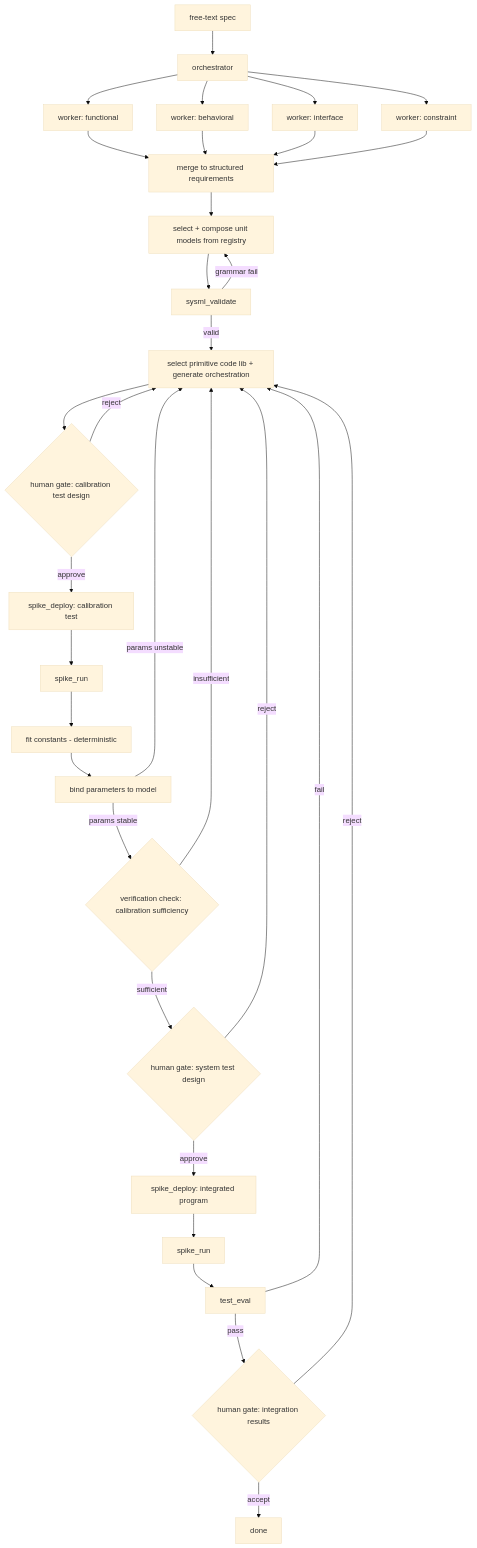
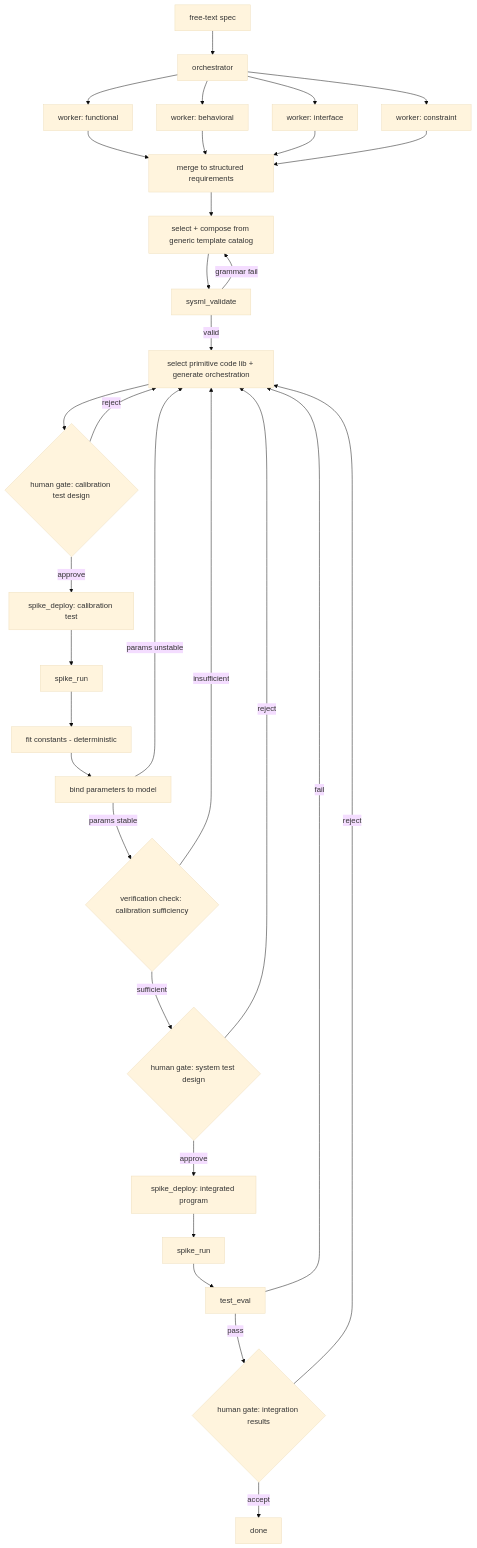
Before and after one commit to jarretmorton/Spike-SysML: the diagram in docs/architecture.md, drawn with Mermaid (base theme). The commit also changed other lines of this file and 3 other files, not shown here.

````diff
--- a/docs/architecture.md
+++ b/docs/architecture.md
@@ -27,37 +32,37 @@
 ```mermaid
 flowchart TD
     A[free-text spec] --> B[orchestrator]
     B --> W1[worker: functional]
     B --> W2[worker: behavioral]
     B --> W3[worker: interface]
     B --> W4[worker: constraint]
     W1 --> RQ[merge to structured requirements]
     W2 --> RQ
     W3 --> RQ
     W4 --> RQ
- 
-    RQ --> SEL[select + compose unit models from registry]
+
+    RQ --> SEL[select + compose from generic template catalog]
     SEL --> V[sysml_validate]
     V -->|grammar fail| SEL
     V -->|valid| CODE[select primitive code lib + generate orchestration]
- 
+
     CODE --> GCAL{human gate: calibration test design}
     GCAL -->|reject| CODE
     GCAL -->|approve| CDEP[spike_deploy: calibration test]
     CDEP --> CRUN[spike_run]
     CRUN --> FIT[fit constants - deterministic]
     FIT --> BIND[bind parameters to model]
     BIND -->|params unstable| CODE
     BIND -->|params stable| VCHK{verification check: calibration sufficiency}
- 
+
     VCHK -->|insufficient| CODE
     VCHK -->|sufficient| GSYS{human gate: system test design}
     GSYS -->|reject| CODE
     GSYS -->|approve| IDEP[spike_deploy: integrated program]
     IDEP --> IRUN[spike_run]
     IRUN --> E[test_eval]
     E -->|fail| CODE
     E -->|pass| GACC{human gate: integration results}
     GACC -->|reject| CODE
     GACC -->|accept| DONE[done]
 ```
````
